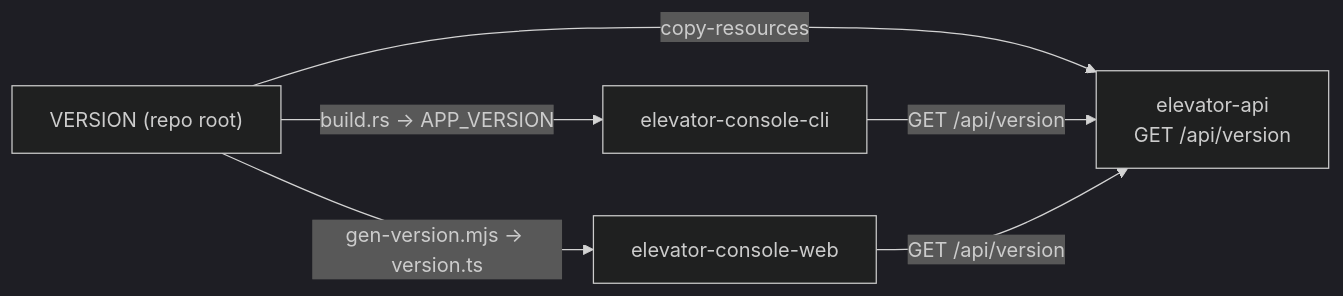
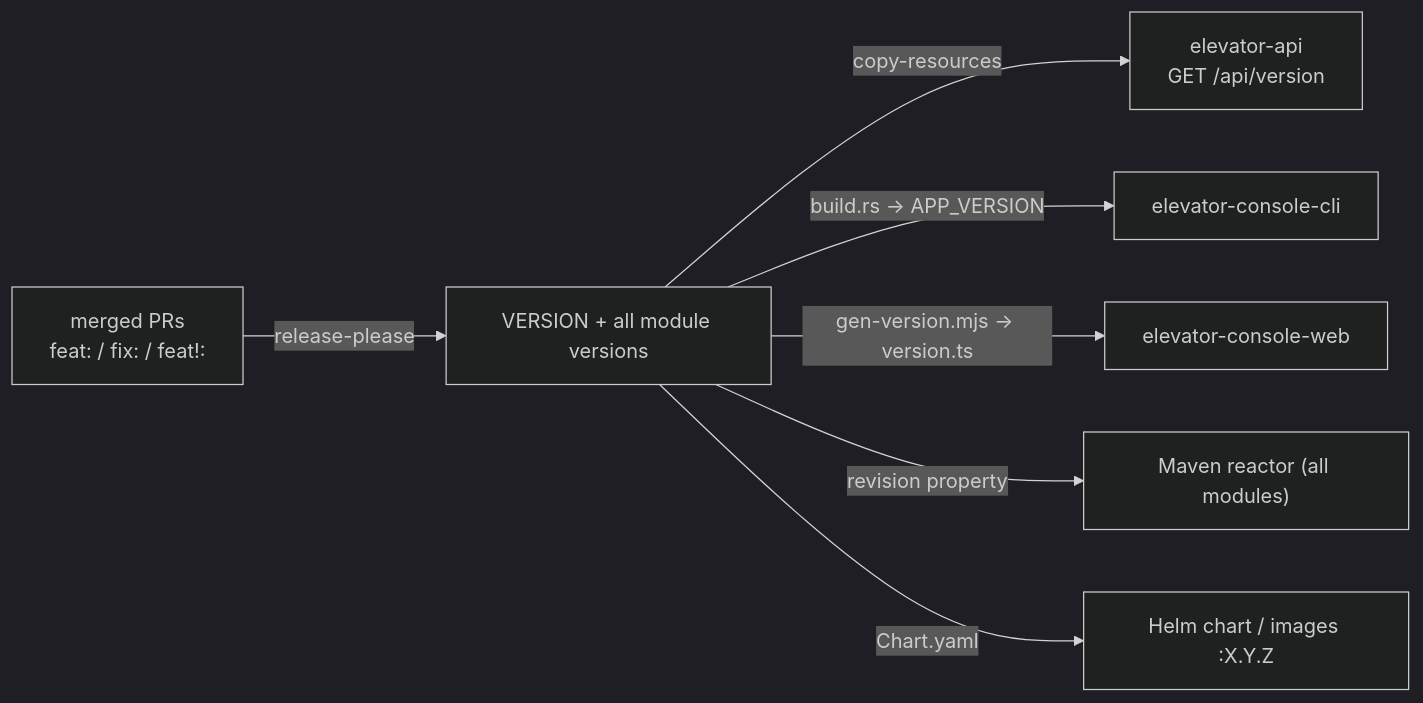
The diagram in docs/versioning.md (TwistedLady/elevator-system), drawn with Mermaid (dark theme) before and after one commit. The commit also changed other lines of this file and 26 other files, not shown here.

First line of the commit message:
feat: automatic versioning via release-please + Conventional Commits (#60)

````diff
--- a/docs/versioning.md
+++ b/docs/versioning.md
@@ -6,9 +7,9 @@
 ```mermaid
 flowchart LR
-  V["VERSION (repo root)"]
+  PR["merged PRs<br/>feat: / fix: / feat!:"] -->|release-please| V["VERSION + all module versions"]
   V -->|copy-resources| API["elevator-api<br/>GET /api/version"]
   V -->|build.rs → APP_VERSION| CLI["elevator-console-cli"]
   V -->|gen-version.mjs → version.ts| WEB["elevator-console-web"]
-  CLI -->|GET /api/version| API
-  WEB -->|GET /api/version| API
+  V -->|revision property| MVN["Maven reactor (all modules)"]
+  V -->|Chart.yaml| HELM["Helm chart / images :X.Y.Z"]
 ```
````
